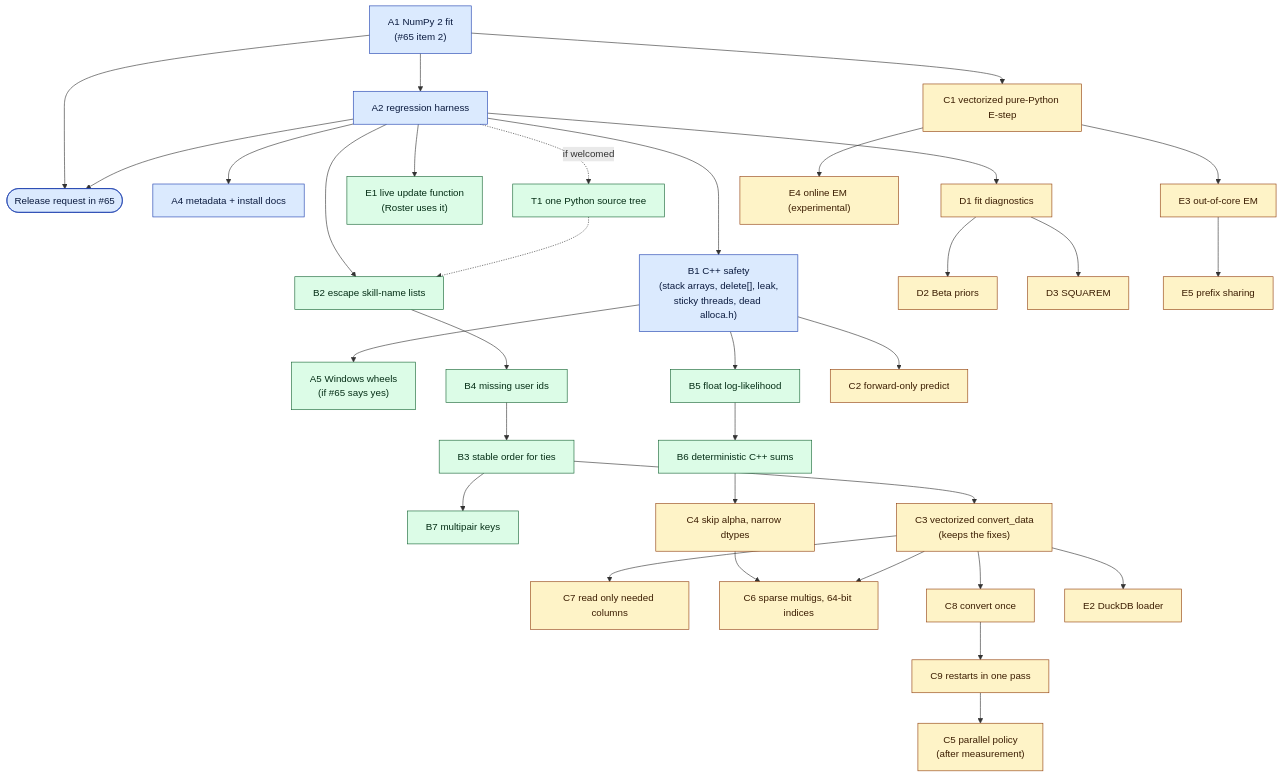
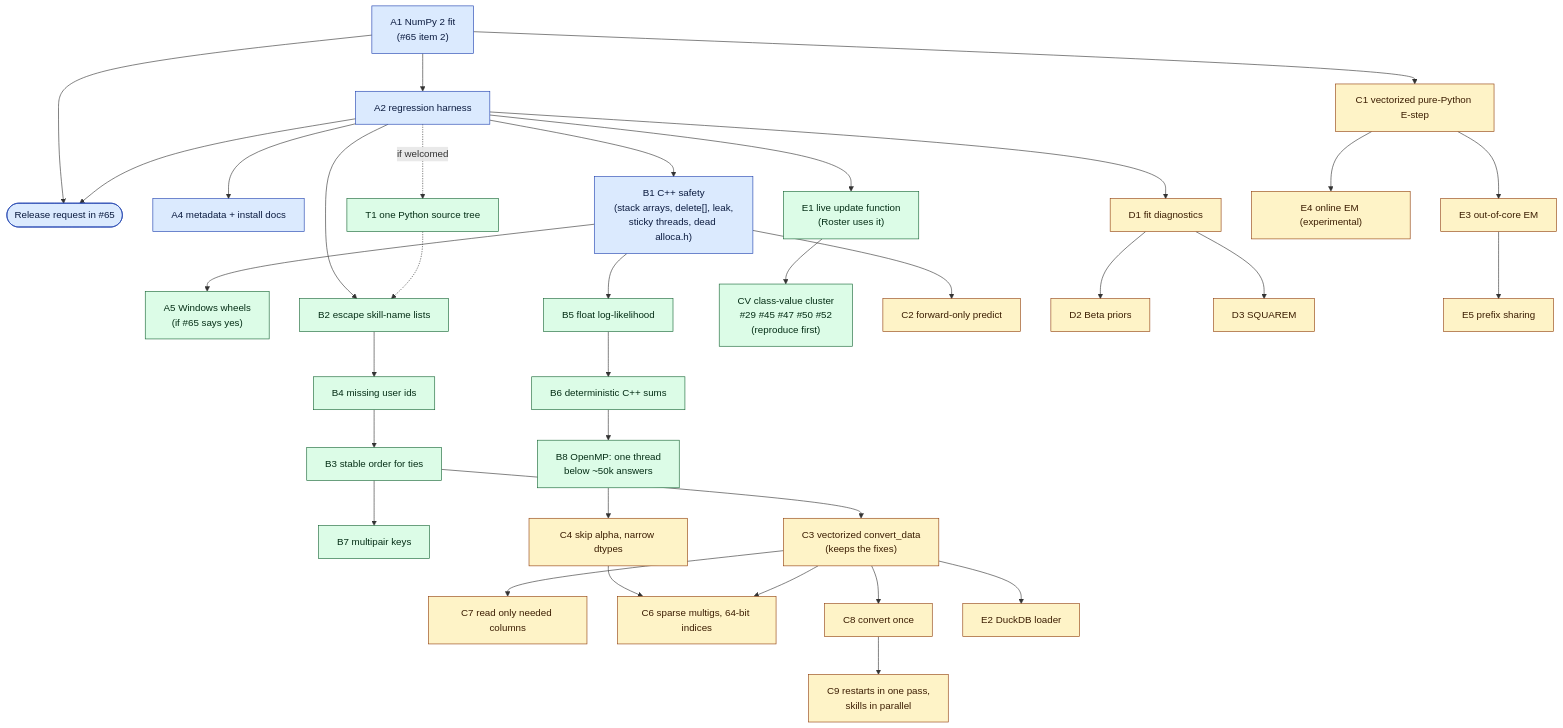
One commit to ChristianMurphy/pyBKT changed the second of 4 diagrams in experiments/HANDOFF.md. Above: the diagram before and after it, drawn with Mermaid. The commit also changed other lines of this file and 16 other files, not shown here.

````diff
--- a/experiments/HANDOFF.md
+++ b/experiments/HANDOFF.md
@@ -137,41 +145,42 @@
 ```mermaid
 flowchart TD
   A1["A1 NumPy 2 fit<br/>(#65 item 2)"] --> A2["A2 regression harness"]
   A2 --> REL(["Release request in #65"])
   A1 --> REL
   A2 --> A4["A4 metadata + install docs"]
   A2 --> B1["B1 C++ safety<br/>(stack arrays, delete[], leak,<br/>sticky threads, dead alloca.h)"]
   B1 --> A5["A5 Windows wheels<br/>(if #65 says yes)"]
   A2 -.->|if welcomed| T1["T1 one Python source tree"]
   B1 --> B5["B5 float log-likelihood"]
   B5 --> B6["B6 deterministic C++ sums"]
+  B6 --> B8["B8 OpenMP: one thread<br/>below ~50k answers"]
   T1 -.-> B2
   A2 --> B2["B2 escape skill-name lists"]
   B2 --> B4["B4 missing user ids"]
   B4 --> B3["B3 stable order for ties"]
   B3 --> B7["B7 multipair keys"]
   A2 --> E1["E1 live update function<br/>(Roster uses it)"]
+  E1 --> CV["CV class-value cluster<br/>#29 #45 #47 #50 #52<br/>(reproduce first)"]
   B3 --> C3["C3 vectorized convert_data<br/>(keeps the fixes)"]
   B1 --> C2["C2 forward-only predict"]
   A1 --> C1["C1 vectorized pure-Python E-step"]
-  B6 --> C4["C4 skip alpha, narrow dtypes"]
+  B8 --> C4["C4 skip alpha, narrow dtypes"]
   C3 --> C7["C7 read only needed columns"]
   C3 --> C6["C6 sparse multigs, 64-bit indices"]
   C4 --> C6
   C3 --> C8["C8 convert once"]
-  C8 --> C9["C9 restarts in one pass"]
-  C9 --> C5["C5 parallel policy<br/>(after measurement)"]
+  C8 --> C9["C9 restarts in one pass,<br/>skills in parallel"]
   A2 --> D1["D1 fit diagnostics"]
   D1 --> D2["D2 Beta priors"]
   D1 --> D3["D3 SQUAREM"]
   C1 --> E3["E3 out-of-core EM"]
   C1 --> E4["E4 online EM (experimental)"]
   E3 --> E5["E5 prefix sharing"]
   C3 --> E2["E2 DuckDB loader"]
   classDef w1 fill:#dbeafe,stroke:#1e40af,color:#0b1b3f
   classDef w2 fill:#dcfce7,stroke:#166534,color:#052e16
   classDef w3 fill:#fef3c7,stroke:#92400e,color:#3b1d02
   class A1,A2,A4,REL,B1 w1
-  class A5,T1,B2,B3,B4,B5,B6,B7,E1 w2
-  class C1,C2,C3,C4,C5,C6,C7,C8,C9,D1,D2,D3,E2,E3,E4,E5 w3
+  class A5,T1,B2,B3,B4,B5,B6,B7,B8,E1,CV w2
+  class C1,C2,C3,C4,C6,C7,C8,C9,D1,D2,D3,E2,E3,E4,E5 w3
 ```
````
